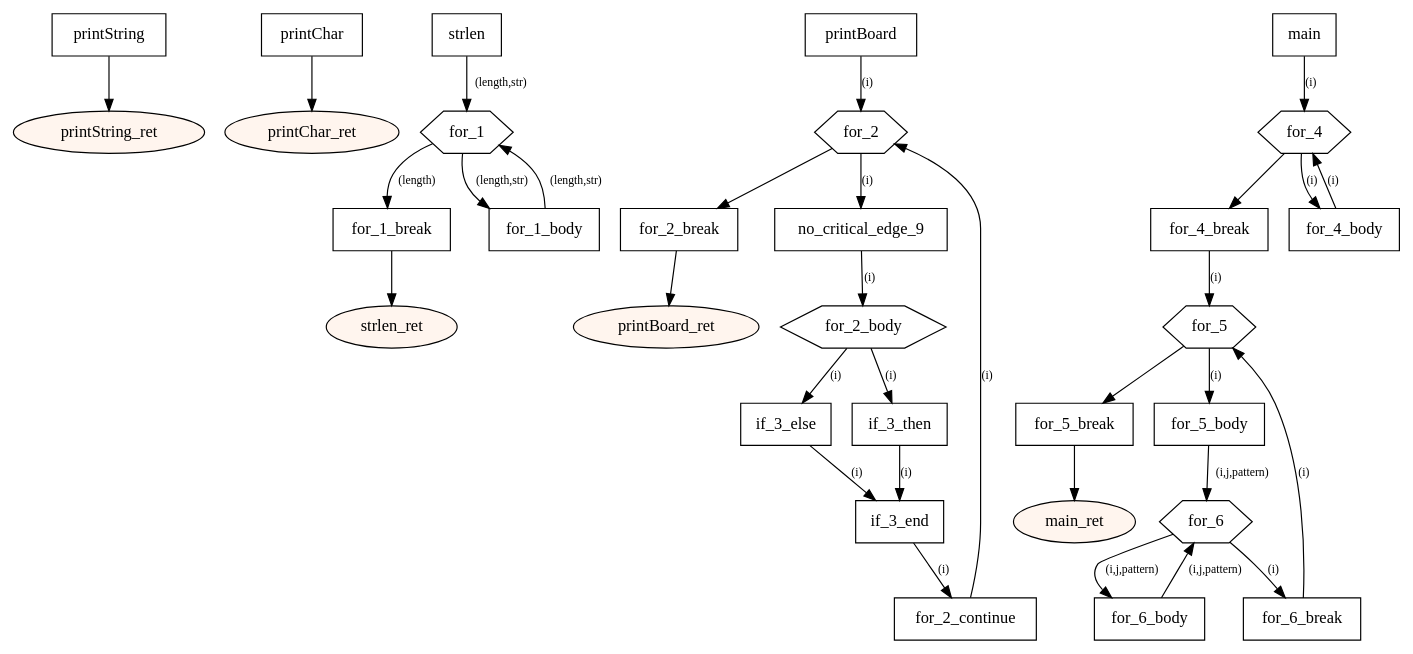
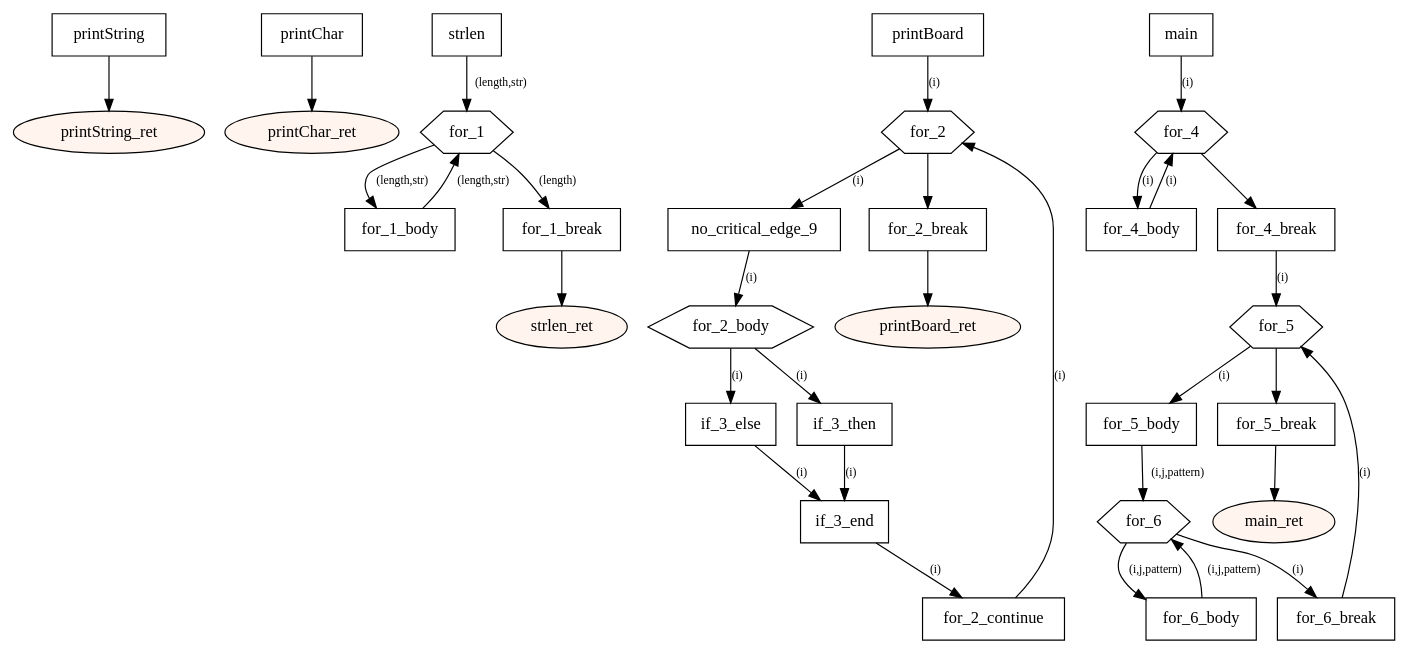
One commit to tmssngr/tinyC changed the diagram in src/main/resources-test/15 rule110.dot. Above: the diagram before and after it, drawn with Graphviz. The commit also changed other lines of this file and 63 other files, not shown here.

```diff
--- a/src/main/resources-test/15 rule110.dot
+++ b/src/main/resources-test/15 rule110.dot
@@ -1,74 +1,74 @@
 digraph program {
 	edge[fontsize="10pt"];
 	subgraph fn_printString {
 		BasicBlock_0_printString [label="printString",shape=box];
 		BasicBlock_0_printString -> BasicBlock_0_printString_ret;
 		BasicBlock_0_printString_ret [label="printString_ret",shape=oval,style=filled,fillcolor="#fff5ee"];
 	}
 	subgraph fn_printChar {
 		BasicBlock_1_printChar [label="printChar",shape=box];
 		BasicBlock_1_printChar -> BasicBlock_1_printChar_ret;
 		BasicBlock_1_printChar_ret [label="printChar_ret",shape=oval,style=filled,fillcolor="#fff5ee"];
 	}
 	subgraph fn_strlen {
 		BasicBlock_2_strlen [label="strlen",shape=box];
 		BasicBlock_2_strlen -> BasicBlock_2_for_1 [label="(length,str)"];
+		BasicBlock_2_for_1_body [label="for_1_body",shape=box];
+		BasicBlock_2_for_1_body -> BasicBlock_2_for_1 [label="(length,str)"];
 		BasicBlock_2_for_1 [label="for_1",shape=hexagon];
 		BasicBlock_2_for_1 -> BasicBlock_2_for_1_break [label="(length)"];
 		BasicBlock_2_for_1 -> BasicBlock_2_for_1_body [label="(length,str)"];
-		BasicBlock_2_for_1_body [label="for_1_body",shape=box];
-		BasicBlock_2_for_1_body -> BasicBlock_2_for_1 [label="(length,str)"];
 		BasicBlock_2_for_1_break [label="for_1_break",shape=box];
 		BasicBlock_2_for_1_break -> BasicBlock_2_strlen_ret;
 		BasicBlock_2_strlen_ret [label="strlen_ret",shape=oval,style=filled,fillcolor="#fff5ee"];
 	}
 	subgraph fn_printBoard {
 		BasicBlock_3_printBoard [label="printBoard",shape=box];
 		BasicBlock_3_printBoard -> BasicBlock_3_for_2 [label="(i)"];
-		BasicBlock_3_for_2 [label="for_2",shape=hexagon];
-		BasicBlock_3_for_2 -> BasicBlock_3_for_2_break;
-		BasicBlock_3_for_2 -> BasicBlock_3_no_critical_edge_9 [label="(i)"];
 		BasicBlock_3_no_critical_edge_9 [label="no_critical_edge_9",shape=box];
 		BasicBlock_3_no_critical_edge_9 -> BasicBlock_3_for_2_body [label="(i)"];
 		BasicBlock_3_for_2_body [label="for_2_body",shape=hexagon];
 		BasicBlock_3_for_2_body -> BasicBlock_3_if_3_else [label="(i)"];
 		BasicBlock_3_for_2_body -> BasicBlock_3_if_3_then [label="(i)"];
 		BasicBlock_3_if_3_else [label="if_3_else",shape=box];
 		BasicBlock_3_if_3_else -> BasicBlock_3_if_3_end [label="(i)"];
 		BasicBlock_3_if_3_then [label="if_3_then",shape=box];
 		BasicBlock_3_if_3_then -> BasicBlock_3_if_3_end [label="(i)"];
 		BasicBlock_3_if_3_end [label="if_3_end",shape=box];
 		BasicBlock_3_if_3_end -> BasicBlock_3_for_2_continue [label="(i)"];
 		BasicBlock_3_for_2_continue [label="for_2_continue",shape=box];
 		BasicBlock_3_for_2_continue -> BasicBlock_3_for_2 [label="(i)"];
+		BasicBlock_3_for_2 [label="for_2",shape=hexagon];
+		BasicBlock_3_for_2 -> BasicBlock_3_for_2_break;
+		BasicBlock_3_for_2 -> BasicBlock_3_no_critical_edge_9 [label="(i)"];
 		BasicBlock_3_for_2_break [label="for_2_break",shape=box];
 		BasicBlock_3_for_2_break -> BasicBlock_3_printBoard_ret;
 		BasicBlock_3_printBoard_ret [label="printBoard_ret",shape=oval,style=filled,fillcolor="#fff5ee"];
 	}
 	subgraph fn_main {
 		BasicBlock_4_main [label="main",shape=box];
 		BasicBlock_4_main -> BasicBlock_4_for_4 [label="(i)"];
+		BasicBlock_4_for_4_body [label="for_4_body",shape=box];
+		BasicBlock_4_for_4_body -> BasicBlock_4_for_4 [label="(i)"];
 		BasicBlock_4_for_4 [label="for_4",shape=hexagon];
 		BasicBlock_4_for_4 -> BasicBlock_4_for_4_break;
 		BasicBlock_4_for_4 -> BasicBlock_4_for_4_body [label="(i)"];
-		BasicBlock_4_for_4_body [label="for_4_body",shape=box];
-		BasicBlock_4_for_4_body -> BasicBlock_4_for_4 [label="(i)"];
 		BasicBlock_4_for_4_break [label="for_4_break",shape=box];
 		BasicBlock_4_for_4_break -> BasicBlock_4_for_5 [label="(i)"];
+		BasicBlock_4_for_5_body [label="for_5_body",shape=box];
+		BasicBlock_4_for_5_body -> BasicBlock_4_for_6 [label="(i,j,pattern)"];
+		BasicBlock_4_for_6_body [label="for_6_body",shape=box];
+		BasicBlock_4_for_6_body -> BasicBlock_4_for_6 [label="(i,j,pattern)"];
+		BasicBlock_4_for_6 [label="for_6",shape=hexagon];
+		BasicBlock_4_for_6 -> BasicBlock_4_for_6_break [label="(i)"];
+		BasicBlock_4_for_6 -> BasicBlock_4_for_6_body [label="(i,j,pattern)"];
+		BasicBlock_4_for_6_break [label="for_6_break",shape=box];
+		BasicBlock_4_for_6_break -> BasicBlock_4_for_5 [label="(i)"];
 		BasicBlock_4_for_5 [label="for_5",shape=hexagon];
 		BasicBlock_4_for_5 -> BasicBlock_4_for_5_break;
 		BasicBlock_4_for_5 -> BasicBlock_4_for_5_body [label="(i)"];
-		BasicBlock_4_for_5_body [label="for_5_body",shape=box];
-		BasicBlock_4_for_5_body -> BasicBlock_4_for_6 [label="(i,j,pattern)"];
-		BasicBlock_4_for_6 [label="for_6",shape=hexagon];
-		BasicBlock_4_for_6 -> BasicBlock_4_for_6_break [label="(i)"];
-		BasicBlock_4_for_6 -> BasicBlock_4_for_6_body [label="(i,j,pattern)"];
-		BasicBlock_4_for_6_body [label="for_6_body",shape=box];
-		BasicBlock_4_for_6_body -> BasicBlock_4_for_6 [label="(i,j,pattern)"];
-		BasicBlock_4_for_6_break [label="for_6_break",shape=box];
-		BasicBlock_4_for_6_break -> BasicBlock_4_for_5 [label="(i)"];
 		BasicBlock_4_for_5_break [label="for_5_break",shape=box];
 		BasicBlock_4_for_5_break -> BasicBlock_4_main_ret;
 		BasicBlock_4_main_ret [label="main_ret",shape=oval,style=filled,fillcolor="#fff5ee"];
 	}
 }
```
